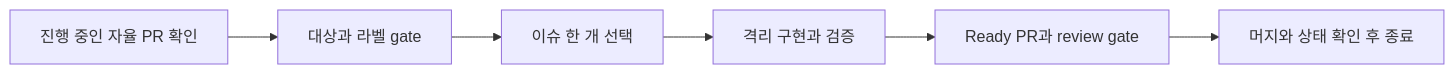
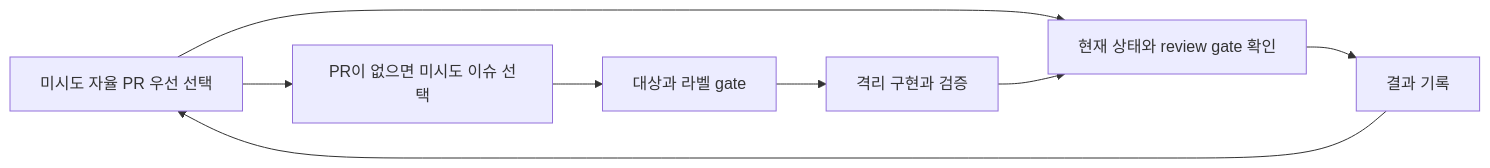
One commit to seorilabs/.github changed the diagram in docs/agent-governance/autonomous-issue-routine.md. Above: the diagram before and after it, drawn with Mermaid. The commit also changed other lines of this file and 4 other files, not shown here.

````diff
--- a/docs/agent-governance/autonomous-issue-routine.md
+++ b/docs/agent-governance/autonomous-issue-routine.md
@@ -25,8 +25,10 @@
 ```mermaid
 flowchart LR
-  A["진행 중인 자율 PR 확인"] --> B["대상과 라벨 gate"]
-  B --> C["이슈 한 개 선택"]
+  A["미시도 자율 PR 우선 선택"] --> E["현재 상태와 review gate 확인"]
+  A --> B["PR이 없으면 미시도 이슈 선택"]
+  B --> C["대상과 라벨 gate"]
   C --> D["격리 구현과 검증"]
-  D --> E["Ready PR과 review gate"]
-  E --> F["머지와 상태 확인 후 종료"]
+  D --> E
+  E --> F["결과 기록"]
+  F --> A
 ```
````
